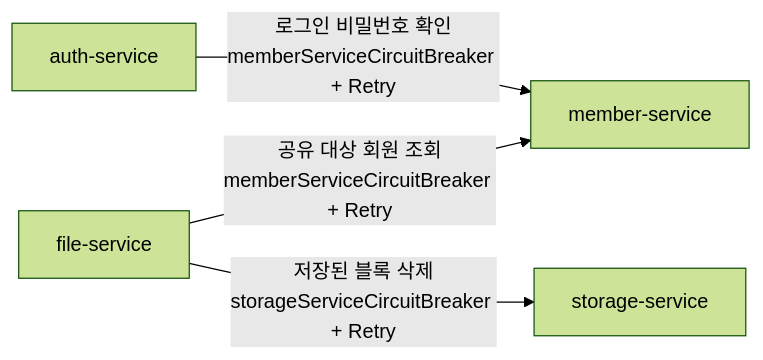
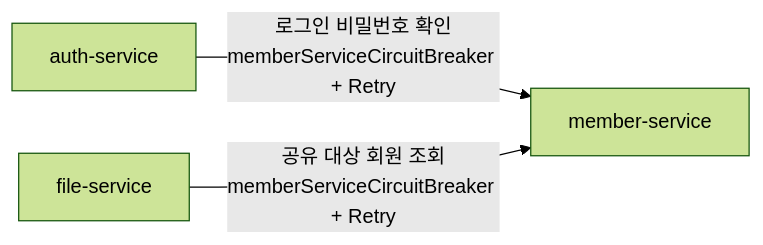
One commit to rivertw777/ModuDrive-API changed the third of 3 diagrams in .docs/spec/006-circuit-breaker-spec.md. Above: the diagram before and after it, drawn with Mermaid (forest theme). The commit also changed other lines of this file and 3 other files, not shown here.

````diff
--- a/.docs/spec/006-circuit-breaker-spec.md
+++ b/.docs/spec/006-circuit-breaker-spec.md
@@ -219,11 +219,9 @@
 ```mermaid
 flowchart LR
     A["auth-service"]
     F["file-service"]
     M["member-service"]
-    S["storage-service"]
 
     A -- "로그인 비밀번호 확인<br/>memberServiceCircuitBreaker + Retry" --> M
     F -- "공유 대상 회원 조회<br/>memberServiceCircuitBreaker + Retry" --> M
-    F -- "저장된 블록 삭제<br/>storageServiceCircuitBreaker + Retry" --> S
 ```
````
